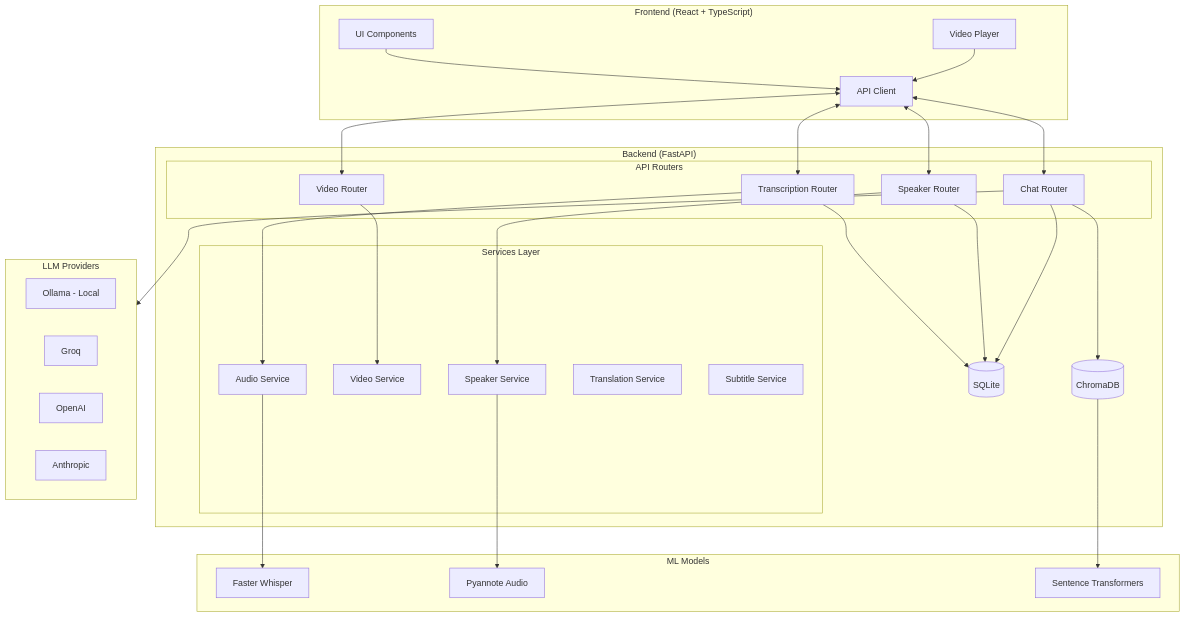
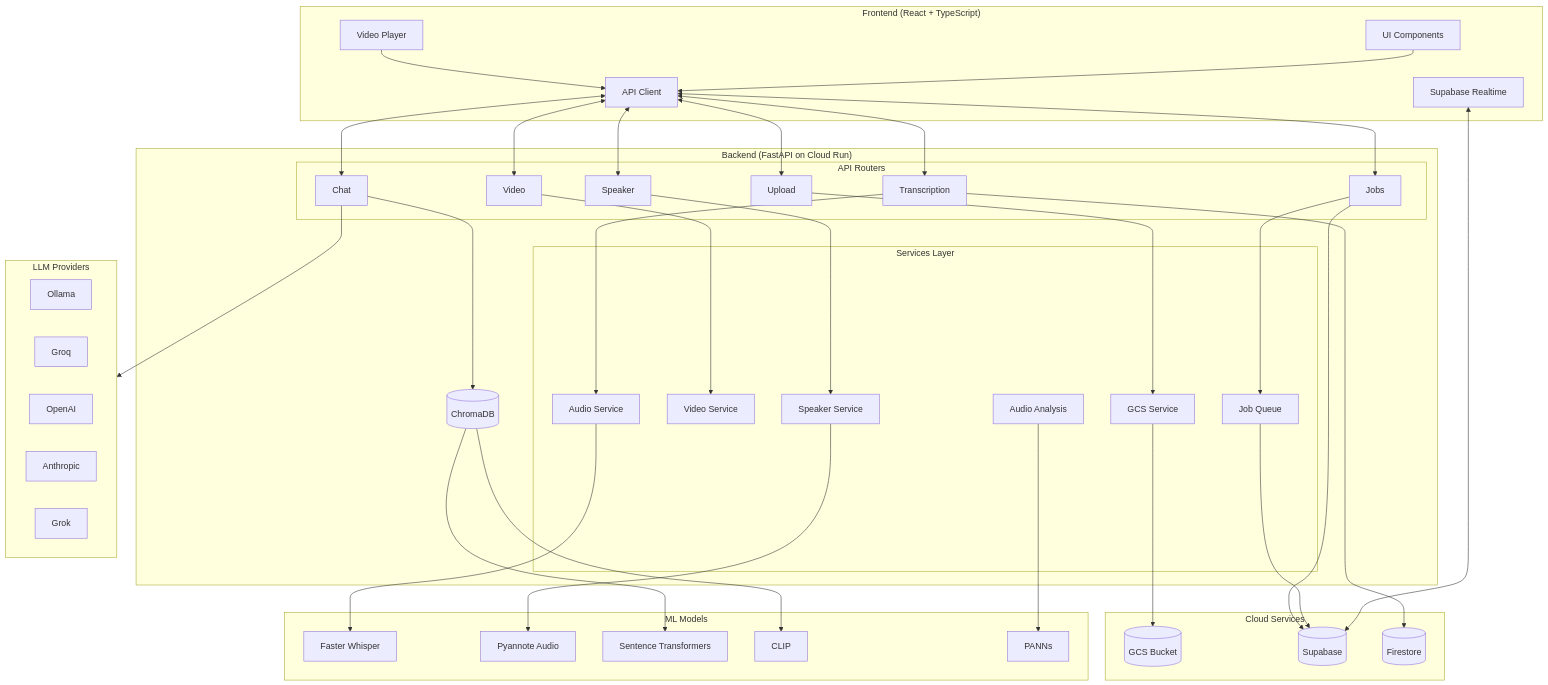
One commit to Ugur22/ai-subtitles changed the first of 4 diagrams in README.md. Above: the diagram before and after it, drawn with Mermaid. The commit also changed other lines of this file and 5 other files, not shown here.

````diff
--- a/README.md
+++ b/README.md
@@ -53,54 +86,70 @@
 ```mermaid
 flowchart TB
     subgraph Frontend["Frontend (React + TypeScript)"]
         UI[UI Components]
         VP[Video Player]
         API[API Client]
+        RT[Supabase Realtime]
     end
 
-    subgraph Backend["Backend (FastAPI)"]
+    subgraph Cloud["Cloud Services"]
+        GCS[(GCS Bucket)]
+        SB[(Supabase)]
+        FS[(Firestore)]
+    end
+
+    subgraph Backend["Backend (FastAPI on Cloud Run)"]
         subgraph Routers["API Routers"]
-            TR[Transcription Router]
-            SR[Speaker Router]
-            CR[Chat Router]
-            VR[Video Router]
+            TR[Transcription]
+            SR[Speaker]
+            CR[Chat]
+            VR[Video]
+            UR[Upload]
+            JR[Jobs]
         end
 
         subgraph Services["Services Layer"]
             AS[Audio Service]
             VS[Video Service]
             SS[Speaker Service]
-            TS[Translation Service]
-            SBS[Subtitle Service]
+            GS[GCS Service]
+            JS[Job Queue]
+            AAS[Audio Analysis]
         end
 
-        DB[(SQLite)]
         VDB[(ChromaDB)]
     end
 
     subgraph ML["ML Models"]
         WH[Faster Whisper]
         PY[Pyannote Audio]
         EMB[Sentence Transformers]
+        CL[CLIP]
+        PN[PANNs]
     end
 
     subgraph LLM["LLM Providers"]
-        OL[Ollama - Local]
-        GR[Groq]
+        OL[Ollama]
+        GRQ[Groq]
         OA[OpenAI]
         AN[Anthropic]
+        GRK[Grok]
     end
 
     UI --> API
     VP --> API
-    API <--> TR & SR & CR & VR
+    RT <--> SB
+    API <--> TR & SR & CR & VR & UR & JR
 
+    UR --> GS --> GCS
+    JR --> JS --> SB
     TR --> AS --> WH
     SR --> SS --> PY
-    CR --> VDB --> EMB
+    CR --> VDB --> EMB & CL
     CR --> LLM
     VR --> VS
+    AAS --> PN
 
-    TR & SR --> DB
-    CR --> DB
+    TR --> FS
+    JR --> SB
 ```
````
